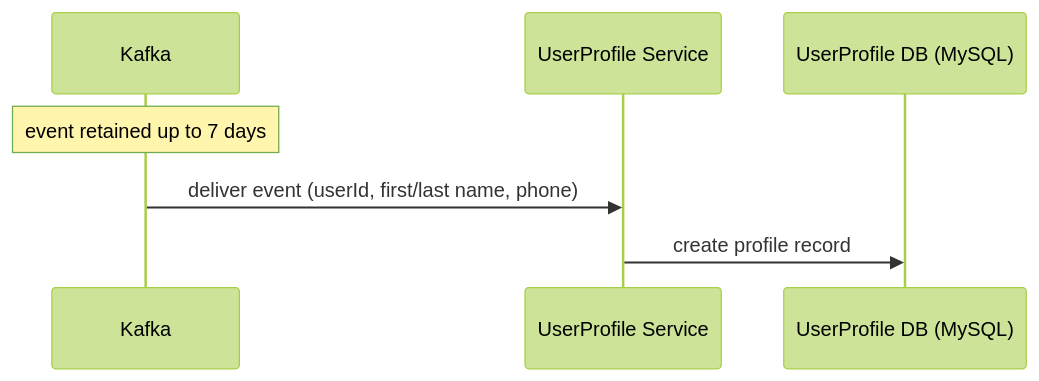
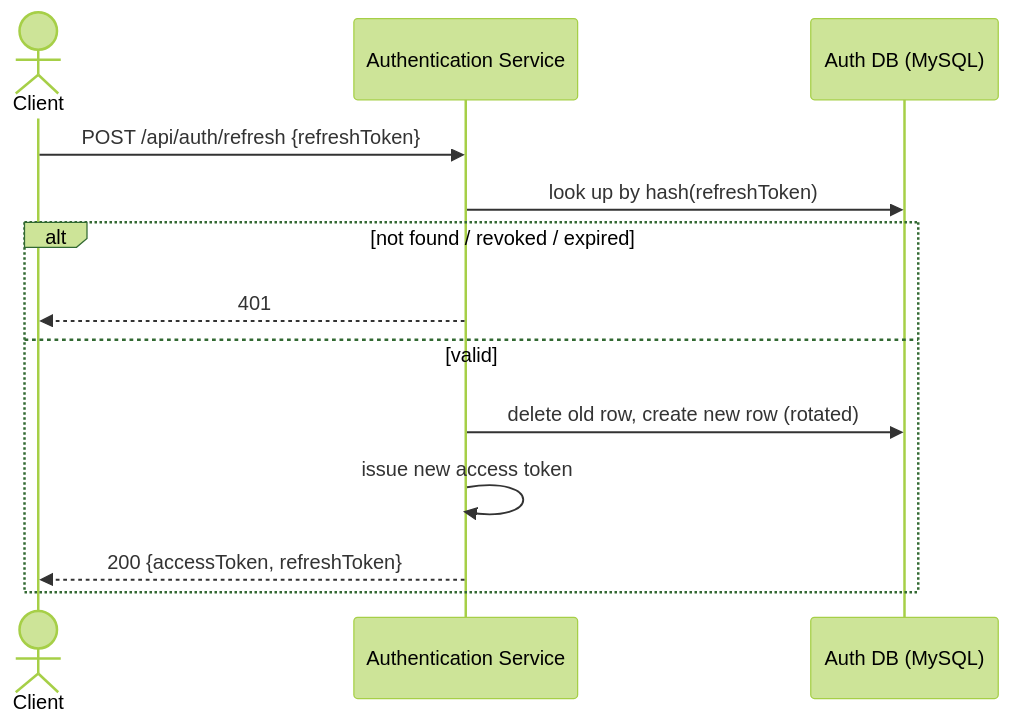
One commit to mathaisjustin/cardiac-diagonistics changed the third of 5 diagrams in docs/01-services/authentication-service/flows.md. Above: the diagram before and after it, drawn with Mermaid (forest theme). The commit also changed other lines of this file and 29 other files, not shown here.

````diff
--- a/docs/01-services/authentication-service/flows.md
+++ b/docs/01-services/authentication-service/flows.md
@@ -62,10 +57,16 @@
 ```mermaid
 sequenceDiagram
-    participant K as Kafka
-    participant UP as UserProfile Service
-    participant UPDB as UserProfile DB (MySQL)
+    actor U as Client
+    participant Auth as Authentication Service
+    participant DB as Auth DB (MySQL)
 
-    Note over K: event retained up to 7 days
-    K->>UP: deliver event (userId, first/last name, phone)
-    UP->>UPDB: create profile record
+    U->>Auth: POST /api/auth/refresh {refreshToken}
+    Auth->>DB: look up by hash(refreshToken)
+    alt not found / revoked / expired
+        Auth-->>U: 401
+    else valid
+        Auth->>DB: delete old row, create new row (rotated)
+        Auth->>Auth: issue new access token
+        Auth-->>U: 200 {accessToken, refreshToken}
+    end
 ```
````
